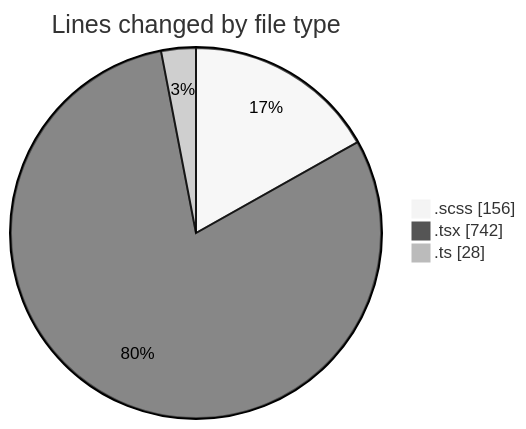
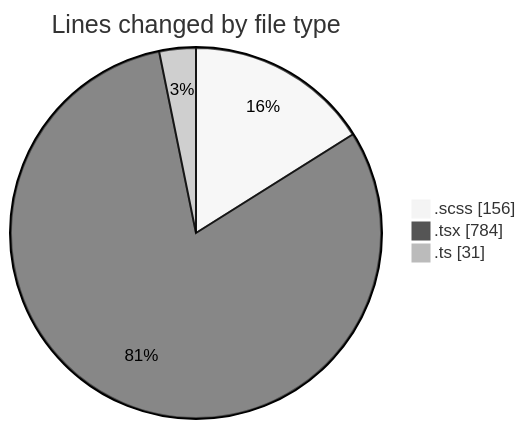
The first of 2 diagrams in 2025-02-10/cda/README.md (momahboobian/code-tracking), drawn with Mermaid (neutral theme) before and after one commit. The commit also changed other lines of this file and 1 other file, not shown here.

````diff
--- a/2025-02-10/cda/README.md
+++ b/2025-02-10/cda/README.md
@@ -25,7 +25,7 @@
 ```mermaid
 pie showData
 title Lines changed by file type
 ".scss" : 156
-".tsx" : 742
-".ts" : 28
+".tsx" : 784
+".ts" : 31
 ```
````
